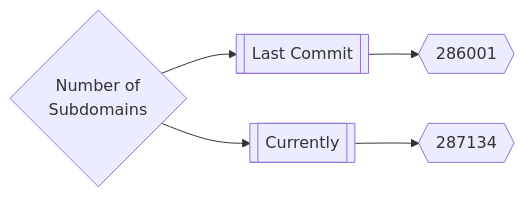
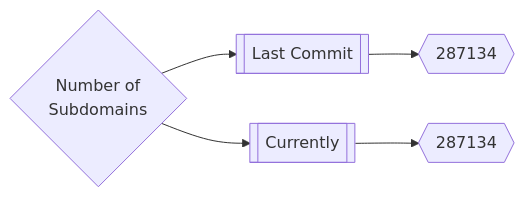
One commit to trickest/inventory changed the first of 3 diagrams in README.md. Above: the diagram before and after it, drawn with Mermaid. The commit also changed other lines of this file, not shown here.

````diff
--- a/README.md
+++ b/README.md
@@ -165,5 +165,5 @@
 ```mermaid
 graph LR
-title{Number of<br>Subdomains} --> subdomainsDate1[[Last Commit]] --> subdomainsNum1{{286001}}
+title{Number of<br>Subdomains} --> subdomainsDate1[[Last Commit]] --> subdomainsNum1{{287134}}
 title --> subdomainsDate2[[Currently]] --> subdomainsNum2{{287134}}
 ```
````
